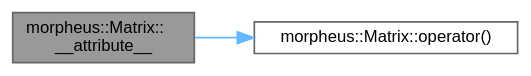
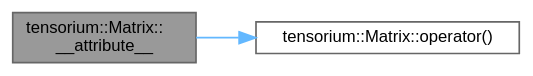
The diagram in docs/classmorpheus_1_1Matrix_ac2acf63723e93e19649a45eca5f80b6d_cgraph.dot (TensoriumCore/Tensorium_lib), drawn with Graphviz before and after one commit. The commit also changed 3640 other files, not shown here.

```diff
--- a/docs/classmorpheus_1_1Matrix_ac2acf63723e93e19649a45eca5f80b6d_cgraph.dot
+++ b/docs/classmorpheus_1_1Matrix_ac2acf63723e93e19649a45eca5f80b6d_cgraph.dot
@@ -1,11 +1,11 @@
-digraph "morpheus::Matrix::__attribute__"
+digraph "tensorium::Matrix::__attribute__"
 {
  // LATEX_PDF_SIZE
   bgcolor="transparent";
   edge [fontname=Helvetica,fontsize=10,labelfontname=Helvetica,labelfontsize=10];
   node [fontname=Helvetica,fontsize=10,shape=box,height=0.2,width=0.4];
   rankdir="LR";
-  Node1 [id="Node000001",label="morpheus::Matrix::\l__attribute__",height=0.2,width=0.4,color="gray40", fillcolor="grey60", style="filled", fontcolor="black",tooltip="Returns the trace of a square matrix as a 1×1 matrix."];
+  Node1 [id="Node000001",label="tensorium::Matrix::\l__attribute__",height=0.2,width=0.4,color="gray40", fillcolor="grey60", style="filled", fontcolor="black",tooltip="Returns the trace of a square matrix as a 1×1 matrix."];
   Node1 -> Node2 [id="edge1_Node000001_Node000002",color="steelblue1",style="solid",tooltip=" "];
-  Node2 [id="Node000002",label="morpheus::Matrix::operator()",height=0.2,width=0.4,color="grey40", fillcolor="white", style="filled",URL="$classmorpheus_1_1Matrix.html#ad522ddc1c4cd3037496211d01275168a",tooltip="Element access (mutable)"];
+  Node2 [id="Node000002",label="tensorium::Matrix::operator()",height=0.2,width=0.4,color="grey40", fillcolor="white", style="filled",URL="$classtensorium_1_1Matrix.html#ad522ddc1c4cd3037496211d01275168a",tooltip="Element access (mutable)"];
 }
```
